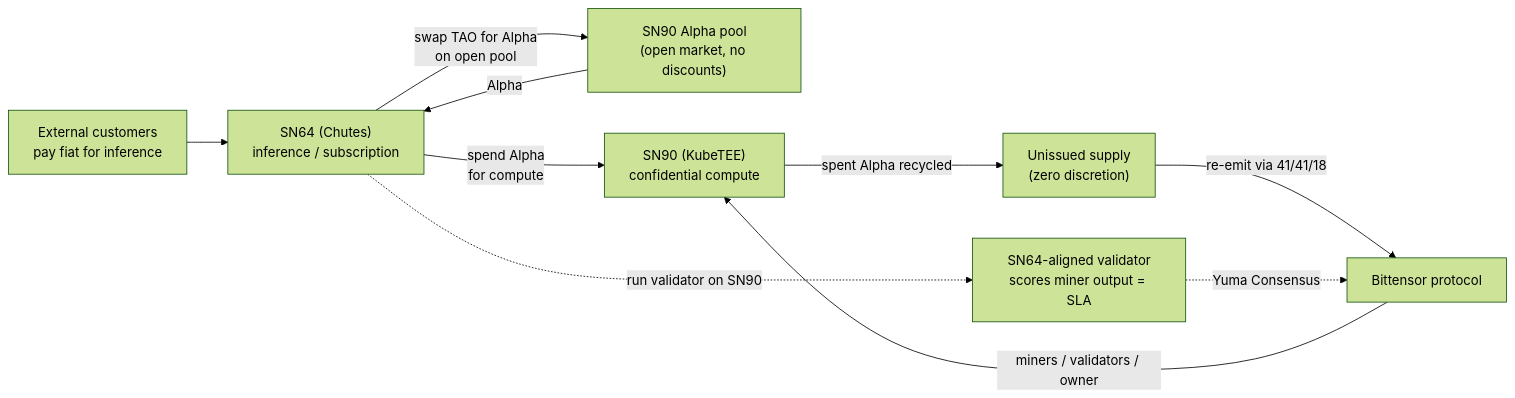
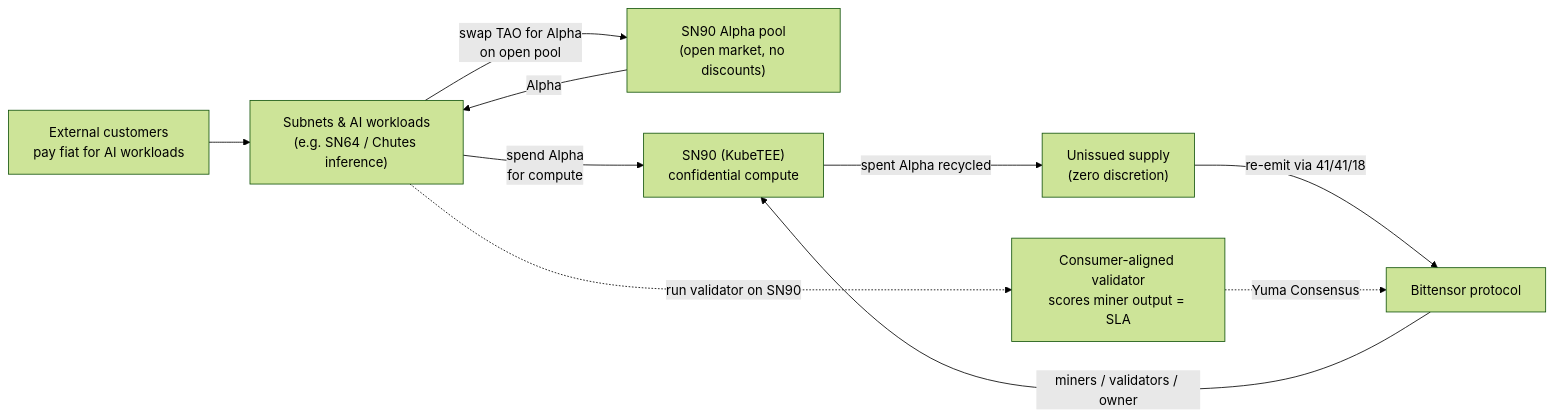
Before and after one commit to KubeTEE-AI/kubetee-subnet: the third of 4 diagrams in README.md, drawn with Mermaid (forest theme). The commit also changed other lines of this file and 2 other files, not shown here.

Commit message:
docs(subnet): generalize consumption loop from SN64 to subnets & AI workloads
SN64 (Chutes) was a single illustrative consumer used to explain the
cross-subnet consumption flow; the real consumers are subnets and AI
workloads generally. Reframe the loop in README.md and docs/TOKENOMICS.md
so the consumer node is "Subnets & AI workloads" with SN64/Chutes kept
only as an "(e.g. ...)" example, and the consumer-aligned validator is
generic (not "SN64-aligned"). In docs/COMPETITIVE-PRICING.md, reframe
Chutes from "the consumer of SN90 in the loop / the loop partner" to
"an example AI-workload consumer" while keeping it as one of the three
competitor price-feeds the validator scrapes. Biographical references
to Chutes/SN64 (Pierre's track record) and the Targon/Lium/Chutes
competitor-benchmark set are unchanged.

````diff
--- a/README.md
+++ b/README.md
@@ -388,12 +388,12 @@
 ```mermaid
 flowchart LR
-    Cust["External customers<br/>pay fiat for inference"] --> SN64["SN64 (Chutes)<br/>inference / subscription"]
-    SN64 -->|swap TAO for Alpha<br/>on open pool| Pool["SN90 Alpha pool<br/>(open market, no discounts)"]
-    Pool -->|Alpha| SN64
-    SN64 -->|spend Alpha<br/>for compute| SN90["SN90 (KubeTEE)<br/>confidential compute"]
+    Cust["External customers<br/>pay fiat for AI workloads"] --> Cons["Subnets & AI workloads<br/>(e.g. SN64 / Chutes inference)"]
+    Cons -->|swap TAO for Alpha<br/>on open pool| Pool["SN90 Alpha pool<br/>(open market, no discounts)"]
+    Pool -->|Alpha| Cons
+    Cons -->|spend Alpha<br/>for compute| SN90["SN90 (KubeTEE)<br/>confidential compute"]
     SN90 -->|spent Alpha recycled| Unissued["Unissued supply<br/>(zero discretion)"]
     Unissued -->|re-emit via 41/41/18| Proto["Bittensor protocol"]
     Proto -->|miners / validators / owner| SN90
-    SN64 -.->|run validator on SN90| Val["SN64-aligned validator<br/>scores miner output = SLA"]
+    Cons -.->|run validator on SN90| Val["Consumer-aligned validator<br/>scores miner output = SLA"]
     Val -.->|Yuma Consensus| Proto
 ```
````
